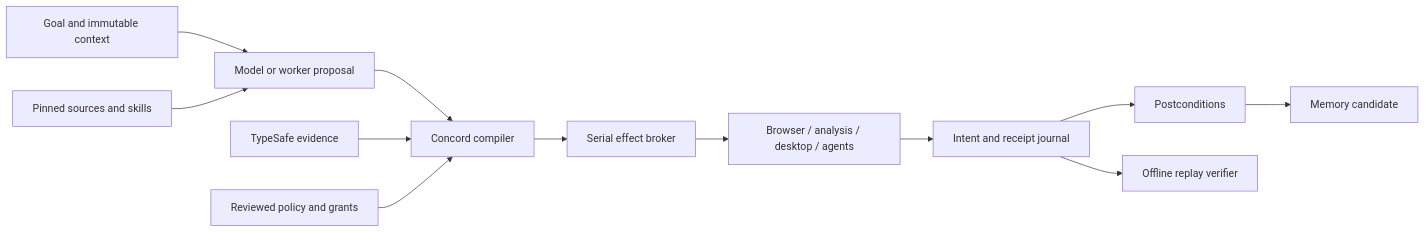
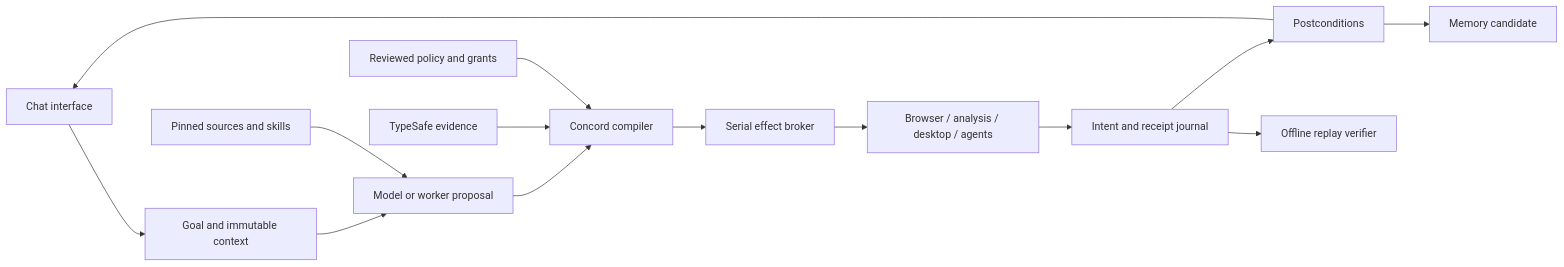
The diagram in docs/architecture.md (Doughboyfressh/concord), drawn with Mermaid before and after one commit. The commit also changed other lines of this file and 25 other files, not shown here.

First line of the commit message:
Complete the chat context, session broker, and local interface

````diff
--- a/docs/architecture.md
+++ b/docs/architecture.md
@@ -13,14 +15,16 @@
 ```mermaid
 flowchart LR
+  UI[Chat interface] --> U
   U[Goal and immutable context] --> P[Model or worker proposal]
   S[Pinned sources and skills] --> P
   P --> C[Concord compiler]
   J[TypeSafe evidence] --> C
   R[Reviewed policy and grants] --> C
   C --> E[Serial effect broker]
   E --> W[Browser / analysis / desktop / agents]
   W --> L[Intent and receipt journal]
   L --> V[Postconditions]
   V --> M[Memory candidate]
   L --> Q[Offline replay verifier]
+  V --> UI
 ```
````
